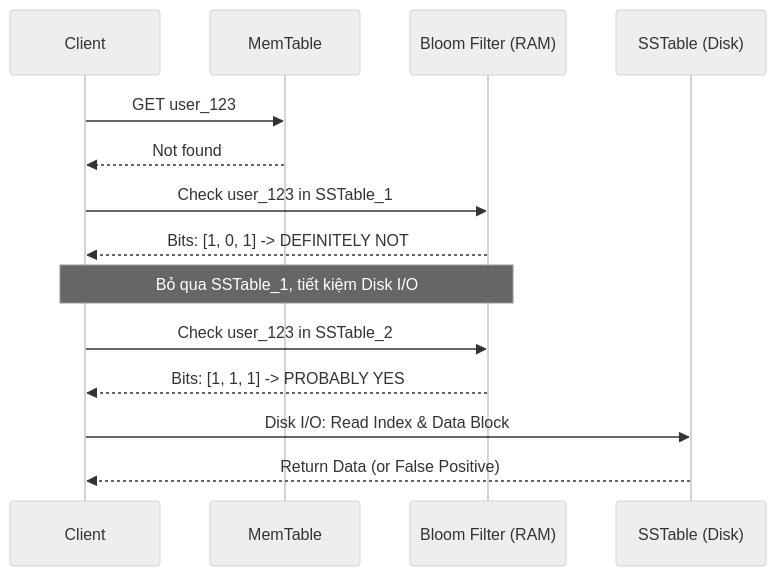
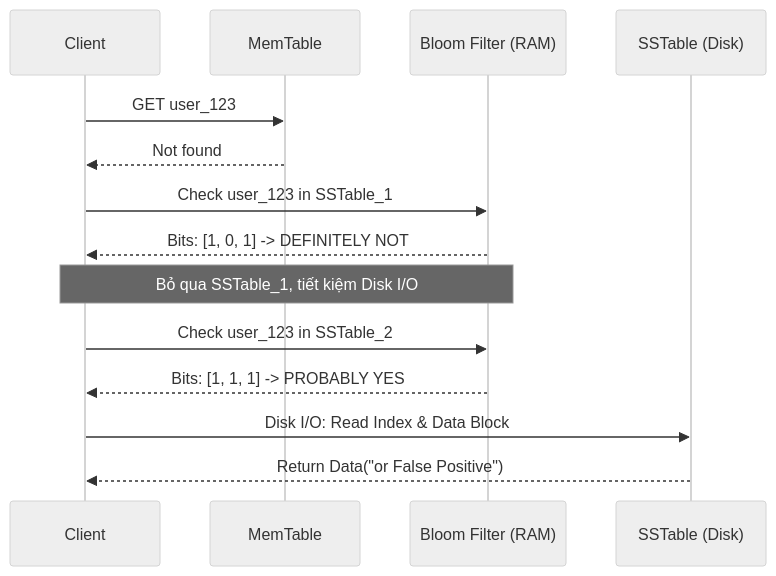
Before and after one commit to kythuatdulieu/kythuatdulieu.github.io: the second of 2 diagrams in src/content/docs/concepts/3-storage-engines-formats/bloom-filters-sstables.md, drawn with Mermaid (neutral theme). The commit also changed other lines of this file and 190 other files, not shown here.

Commit message:
fix: resolve mermaid syntax, math rendering, and metadata issues from content rewrite

````diff
--- a/src/content/docs/concepts/3-storage-engines-formats/bloom-filters-sstables.md
+++ b/src/content/docs/concepts/3-storage-engines-formats/bloom-filters-sstables.md
@@ -59,17 +59,17 @@
 ```mermaid
 sequenceDiagram
     participant C as Client
     participant M as MemTable
     participant BF as Bloom Filter (RAM)
     participant S as SSTable (Disk)
     
     C->>M: GET user_123
     M-->>C: Not found
     C->>BF: Check user_123 in SSTable_1
     BF-->>C: Bits: [1, 0, 1] -> DEFINITELY NOT
     Note over C,BF: Bỏ qua SSTable_1, tiết kiệm Disk I/O
     C->>BF: Check user_123 in SSTable_2
     BF-->>C: Bits: [1, 1, 1] -> PROBABLY YES
     C->>S: Disk I/O: Read Index & Data Block
-    S-->>C: Return Data (or False Positive)
+    S-->>C: Return Data("or False Positive")
 ```
````
